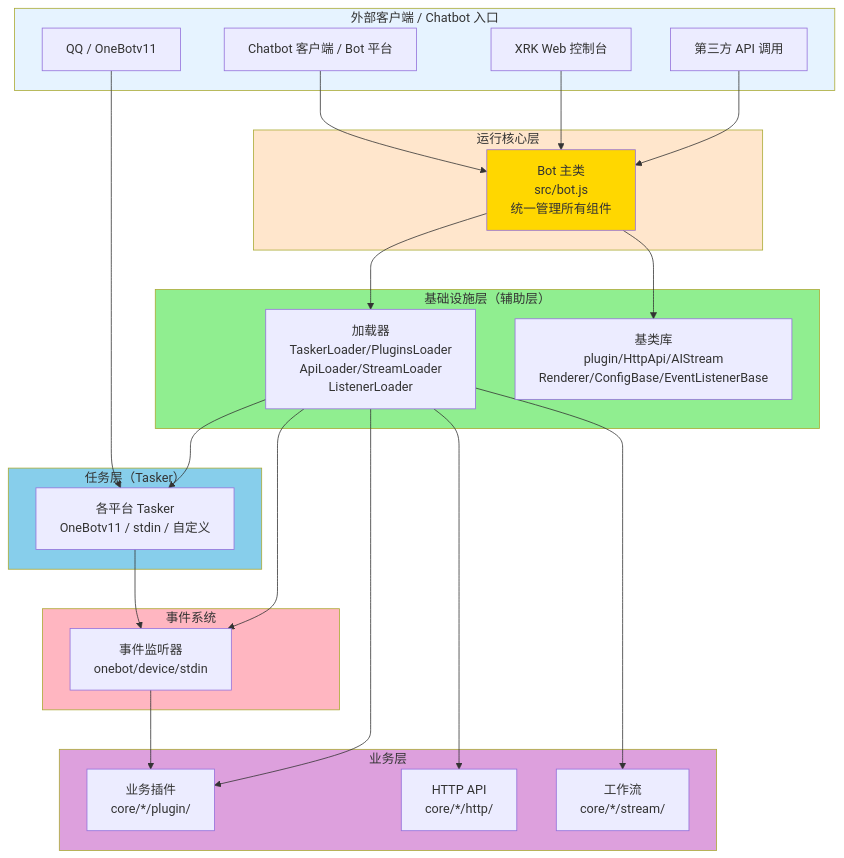
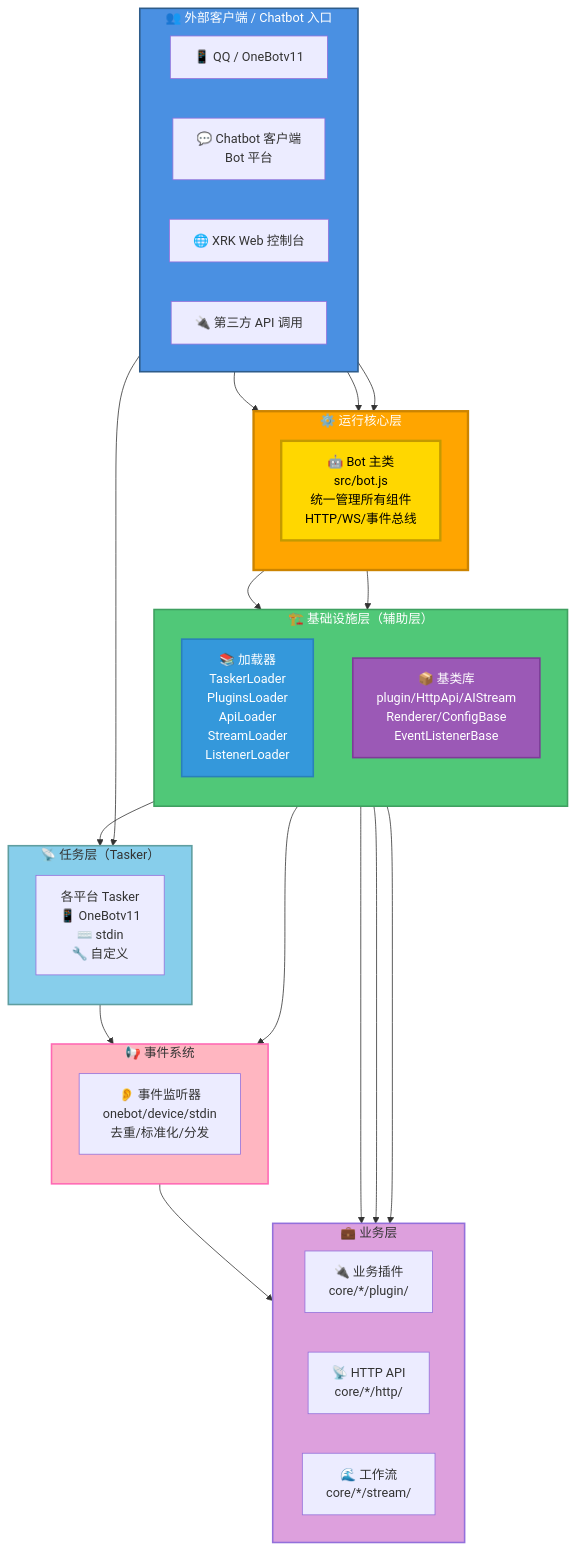
One commit to sunflowermm/XRK-AGT changed the diagram in docs/README.md. Above: the diagram before and after it, drawn with Mermaid. The commit also changed 9 other files, not shown here.

````diff
--- a/docs/README.md
+++ b/docs/README.md
@@ -21,56 +21,63 @@
 ```mermaid
 flowchart TB
-    subgraph Clients["外部客户端 / Chatbot 入口"]
-        QQ["QQ / OneBotv11"]
-        ChatbotClient["Chatbot 客户端 / Bot 平台"]
-        WebUI["XRK Web 控制台"]
-        ThirdAPI["第三方 API 调用"]
+    subgraph Clients["👥 外部客户端 / Chatbot 入口"]
+        direction LR
+        QQ["📱 QQ / OneBotv11"]
+        ChatbotClient["💬 Chatbot 客户端<br/>Bot 平台"]
+        WebUI["🌐 XRK Web 控制台"]
+        ThirdAPI["🔌 第三方 API 调用"]
     end
 
-    subgraph Runtime["运行核心层"]
-        Bot["Bot 主类<br/>src/bot.js<br/>统一管理所有组件"]
+    subgraph Runtime["⚙️ 运行核心层"]
+        direction TB
+        Bot["🤖 Bot 主类<br/>src/bot.js<br/>统一管理所有组件<br/>HTTP/WS/事件总线"]
     end
 
-    subgraph Infrastructure["基础设施层（辅助层）"]
-        Loaders["加载器<br/>TaskerLoader/PluginsLoader<br/>ApiLoader/StreamLoader<br/>ListenerLoader"]
-        BaseClasses["基类库<br/>plugin/HttpApi/AIStream<br/>Renderer/ConfigBase/EventListenerBase"]
+    subgraph Infrastructure["🏗️ 基础设施层（辅助层）"]
+        direction TB
+        Loaders["📚 加载器<br/>TaskerLoader<br/>PluginsLoader<br/>ApiLoader<br/>StreamLoader<br/>ListenerLoader"]
+        BaseClasses["📦 基类库<br/>plugin/HttpApi/AIStream<br/>Renderer/ConfigBase<br/>EventListenerBase"]
     end
 
-    subgraph Tasker["任务层（Tasker）"]
-        Taskers["各平台 Tasker<br/>OneBotv11 / stdin / 自定义"]
+    subgraph Tasker["📡 任务层（Tasker）"]
+        direction TB
+        Taskers["各平台 Tasker<br/>📱 OneBotv11<br/>⌨️ stdin<br/>🔧 自定义"]
     end
 
-    subgraph Events["事件系统"]
-        Listeners["事件监听器<br/>onebot/device/stdin"]
+    subgraph Events["📢 事件系统"]
+        direction TB
+        Listeners["👂 事件监听器<br/>onebot/device/stdin<br/>去重/标准化/分发"]
     end
 
-    subgraph Business["业务层"]
-        Plugins["业务插件<br/>core/*/plugin/"]
-        APIs["HTTP API<br/>core/*/http/"]
-        Streams["工作流<br/>core/*/stream/"]
+    subgraph Business["💼 业务层"]
+        direction LR
+        Plugins["🔌 业务插件<br/>core/*/plugin/"]
+        APIs["📡 HTTP API<br/>core/*/http/"]
+        Streams["🌊 工作流<br/>core/*/stream/"]
     end
 
     QQ --> Taskers
     ChatbotClient --> Bot
     WebUI --> Bot
     ThirdAPI --> Bot
 
     Bot --> Loaders
     Bot --> BaseClasses
     Loaders --> Taskers
     Loaders --> Listeners
     Loaders --> Plugins
     Loaders --> APIs
     Loaders --> Streams
     Taskers --> Listeners
     Listeners --> Plugins
 
-    style Clients fill:#E6F3FF
-    style Runtime fill:#FFE6CC
-    style Infrastructure fill:#90EE90
-    style Tasker fill:#87CEEB
-    style Events fill:#FFB6C1
-    style Business fill:#DDA0DD
-
-    style Bot fill:#FFD700
+    style Clients fill:#4A90E2,stroke:#2E5C8A,stroke-width:2px,color:#fff
+    style Runtime fill:#FFA500,stroke:#CC8400,stroke-width:3px,color:#fff
+    style Infrastructure fill:#50C878,stroke:#3FA060,stroke-width:2px,color:#fff
+    style Tasker fill:#87CEEB,stroke:#5F9EA0,stroke-width:2px
+    style Events fill:#FFB6C1,stroke:#FF69B4,stroke-width:2px
+    style Business fill:#DDA0DD,stroke:#9370DB,stroke-width:2px
+    style Bot fill:#FFD700,stroke:#C49A00,stroke-width:3px,color:#000
+    style Loaders fill:#3498DB,stroke:#2980B9,stroke-width:2px,color:#fff
+    style BaseClasses fill:#9B59B6,stroke:#7D3C98,stroke-width:2px,color:#fff
 ```
````
